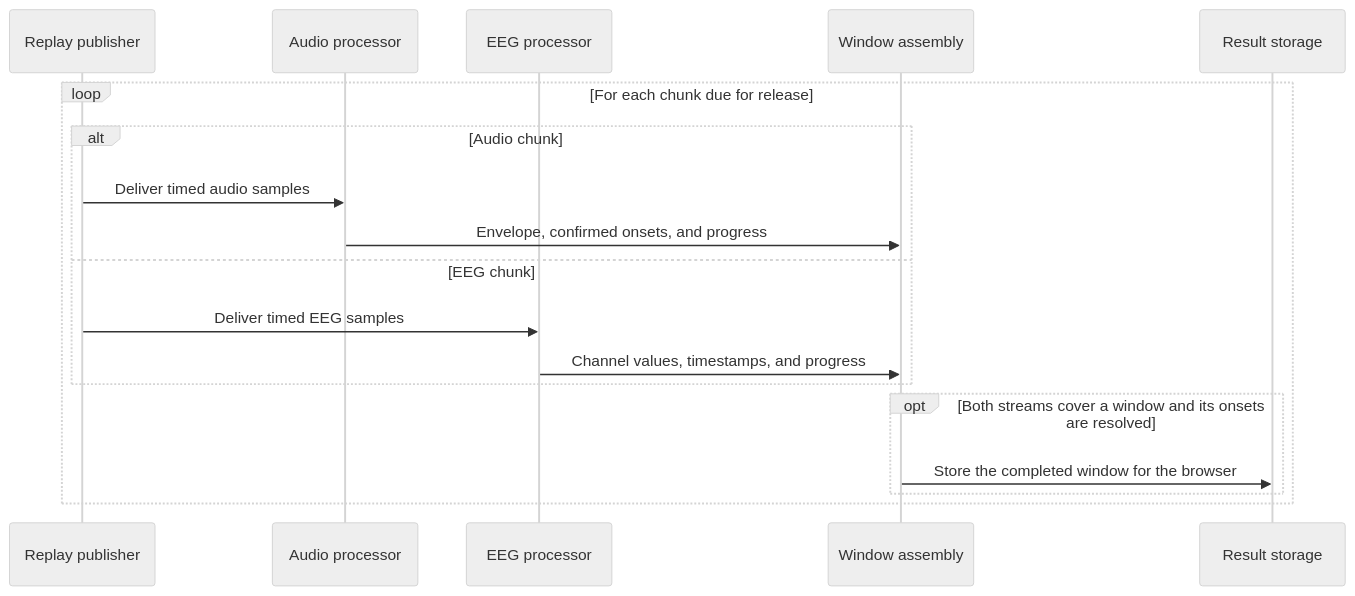
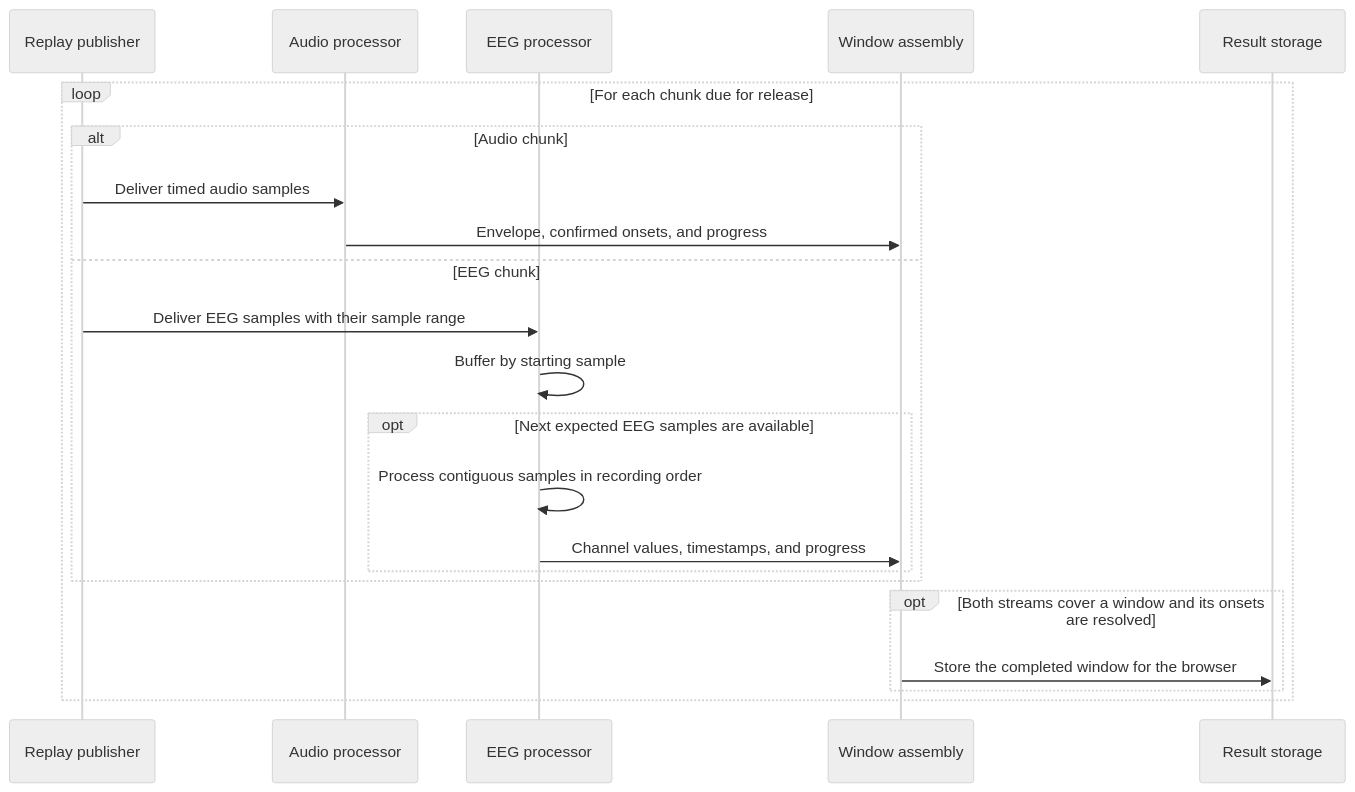
One commit to xelabit/raisync changed the diagram in docs/06-runtime-view.md. Above: the diagram before and after it, drawn with Mermaid (neutral theme). The commit also changed other lines of this file and 17 other files, not shown here.

Commit message:
Review fixes, add diagrams explaining processing scenarios.

````diff
--- a/docs/06-runtime-view.md
+++ b/docs/06-runtime-view.md
@@ -11,20 +11,24 @@
 ```mermaid
 sequenceDiagram
     participant P as Replay publisher
     participant A as Audio processor
     participant E as EEG processor
     participant W as Window assembly
     participant S as Result storage
     loop For each chunk due for release
         alt Audio chunk
             P->>A: Deliver timed audio samples
             A->>W: Envelope, confirmed onsets, and progress
         else EEG chunk
-            P->>E: Deliver timed EEG samples
-            E->>W: Channel values, timestamps, and progress
+            P->>E: Deliver EEG samples with their sample range
+            E->>E: Buffer by starting sample
+            opt Next expected EEG samples are available
+                E->>E: Process contiguous samples in recording order
+                E->>W: Channel values, timestamps, and progress
+            end
         end
         opt Both streams cover a window and its onsets are resolved
             W->>S: Store the completed window for the browser
         end
     end
 ```
````
